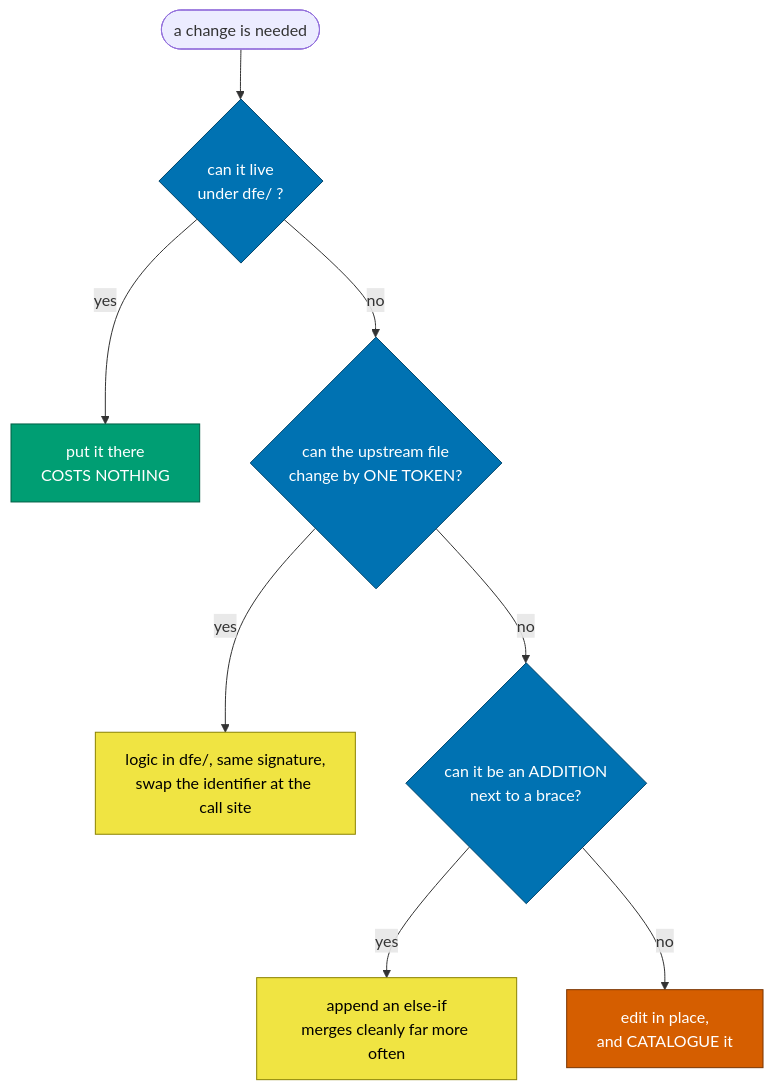
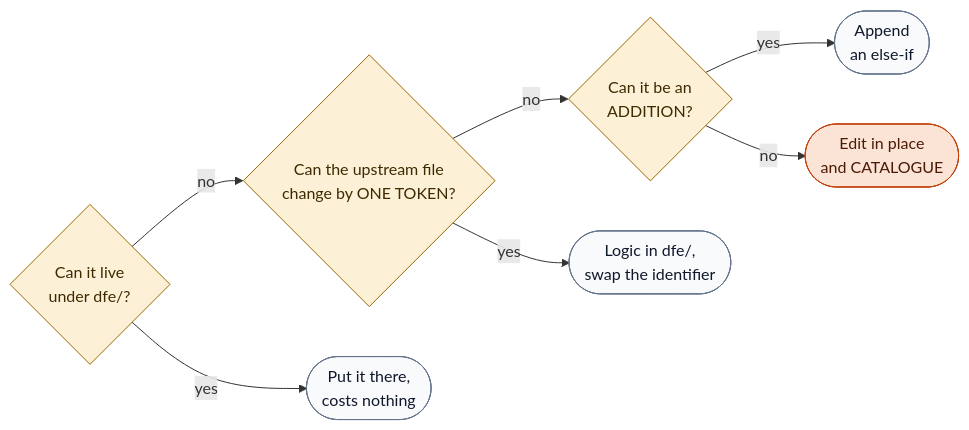
The diagram in docs/fork/design.md (hyperi-io/dfe-hyperdx), drawn with Mermaid before and after one commit. The commit also changed other lines of this file and 24 other files, not shown here.

First line of the commit message:
docs(hyperdx): fix claims and redraw the fork docs diagrams

````diff
--- a/docs/fork/design.md
+++ b/docs/fork/design.md
@@ -41,19 +37,26 @@
 ```mermaid
-flowchart TB
-    start(["a change is needed"]) --> q1{"can it live<br/>under dfe/ ?"}
-    q1 -->|yes| a1["put it there<br/>COSTS NOTHING"]
-    q1 -->|no| q2{"can the upstream file<br/>change by ONE TOKEN?"}
-    q2 -->|yes| a2["logic in dfe/, same signature,<br/>swap the identifier at the call site"]
-    q2 -->|no| q3{"can it be an ADDITION<br/>next to a brace?"}
-    q3 -->|yes| a3["append an else-if<br/>merges cleanly far more often"]
-    q3 -->|no| a4["edit in place,<br/>and CATALOGUE it"]
+flowchart LR
+    accTitle: L4 Detail -- The cheapest-edit ladder
+    accDescr: If the change can live under dfe it goes there and costs nothing. If not and the upstream file can change by one token, the logic goes under dfe and the call site swaps one identifier. If not and it can be an addition next to a brace, append an else-if. Otherwise edit in place and catalogue it.
 
-    classDef free fill:#009E73,stroke:#005f45,color:#ffffff
-    classDef cheap fill:#F0E442,stroke:#8a8200,color:#000000
-    classDef costly fill:#D55E00,stroke:#7a3500,color:#ffffff
-    classDef ask fill:#0072B2,stroke:#00456b,color:#ffffff
-    class a1 free
-    class a2,a3 cheap
-    class a4 costly
-    class q1,q2,q3 ask
+    q1{"Can it live<br/>under dfe/?"}
+    q2{"Can the upstream file<br/>change by ONE TOKEN?"}
+    a1(["Put it there,<br/>costs nothing"])
+    q3{"Can it be an<br/>ADDITION?"}
+    a2(["Logic in dfe/,<br/>swap the identifier"])
+    a3(["Append<br/>an else-if"])
+    a4(["Edit in place<br/>and CATALOGUE"])
+
+    q1 -->|no| q2
+    q1 -->|yes| a1
+    q2 -->|no| q3
+    q2 -->|yes| a2
+    q3 -->|yes| a3
+    q3 -->|no| a4
+
+    classDef default fill:#F8FAFC,stroke:#64748B,stroke-width:1px,color:#0F172A
+    classDef decision fill:#FCF1D6,stroke:#9A6700,stroke-width:1px,color:#3D2A00
+    classDef error fill:#FBE3D6,stroke:#C2410C,stroke-width:1px,color:#4A1A05
+    class q1,q2,q3 decision
+    class a4 error
 ```
````
